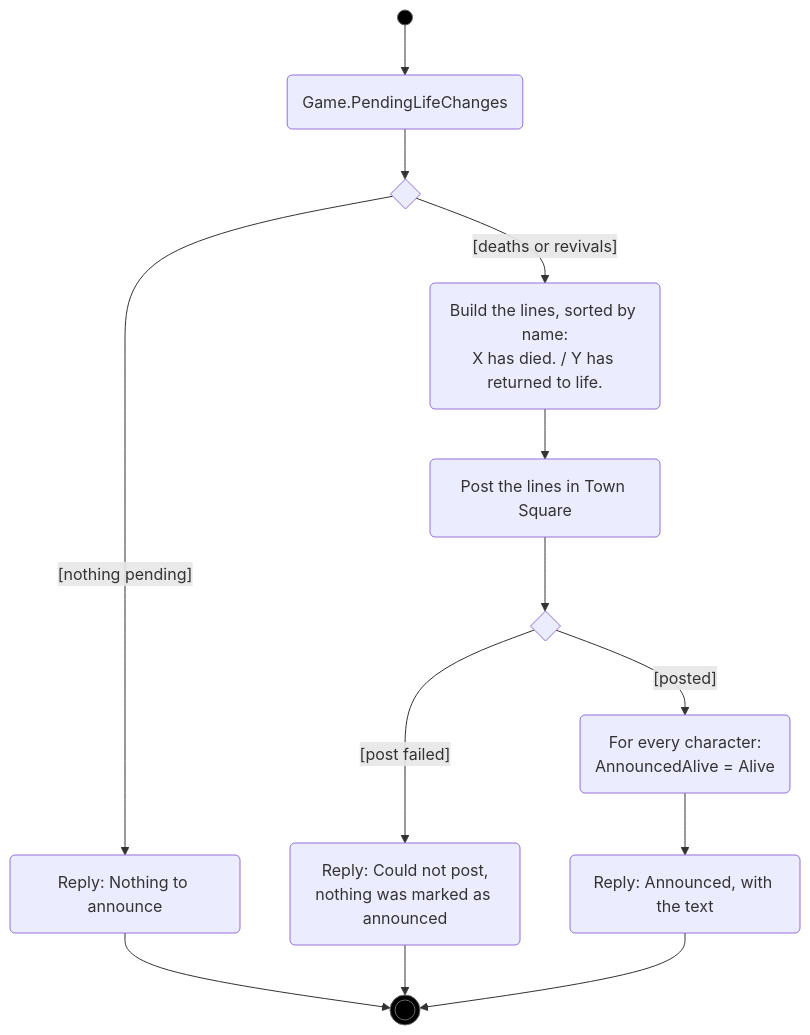
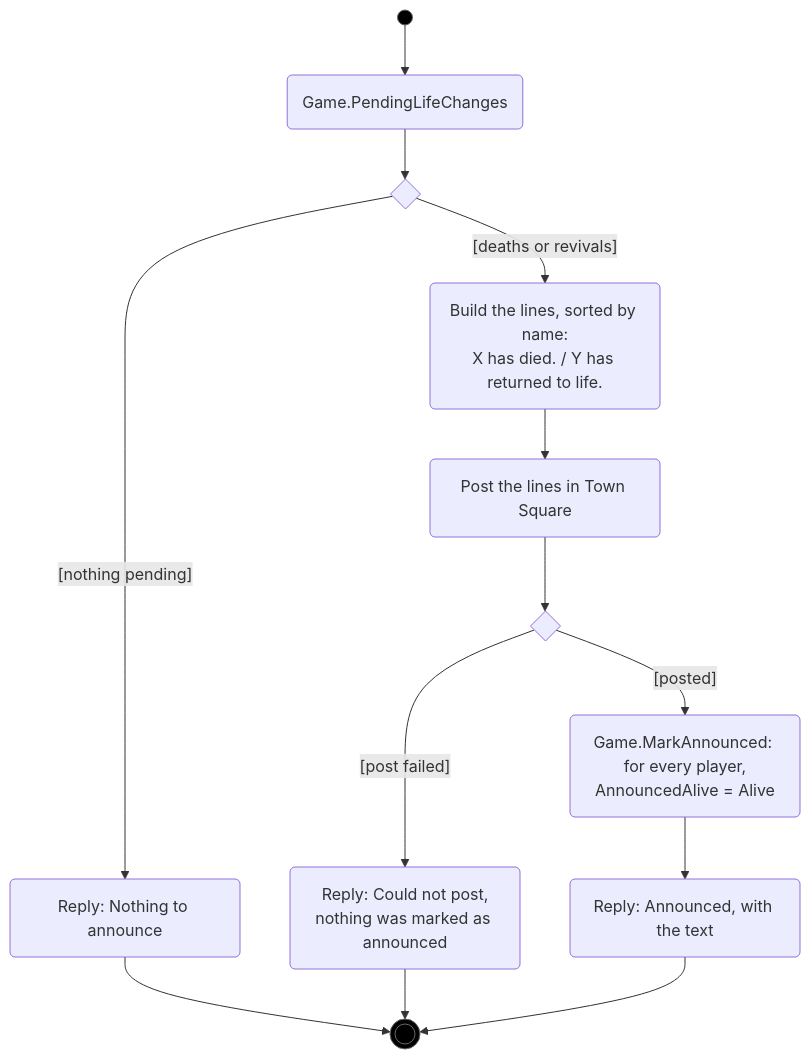
The fifth of 9 diagrams in docs/uml/characters.md (RAGNOARAKNOS/BotOnTheClocktower), drawn with Mermaid before and after one commit. The commit also changed other lines of this file and 32 other files, not shown here.

````diff
--- a/docs/uml/characters.md
+++ b/docs/uml/characters.md
@@ -124,18 +123,18 @@
 ```mermaid
 flowchart TD
     start((" ")):::initial --> pend("Game.PendingLifeChanges")
     pend --> d1{" "}
     d1 -->|"[nothing pending]"| none("Reply: Nothing to announce")
     d1 -->|"[deaths or revivals]"| build("Build the lines, sorted by name:<br/>X has died. / Y has returned to life.")
     build --> post("Post the lines in Town Square")
     post --> d2{" "}
     d2 -->|"[post failed]"| fail("Reply: Could not post,<br/>nothing was marked as announced")
-    d2 -->|"[posted]"| mark("For every character:<br/>AnnouncedAlive = Alive")
+    d2 -->|"[posted]"| mark("Game.MarkAnnounced: for every player,<br/>AnnouncedAlive = Alive")
     mark --> ok("Reply: Announced, with the text")
     none --> done(((" "))):::final
     fail --> done
     ok --> done
 
     classDef initial fill:#000,stroke:#666
     classDef final fill:#000,stroke:#666
 ```
````
